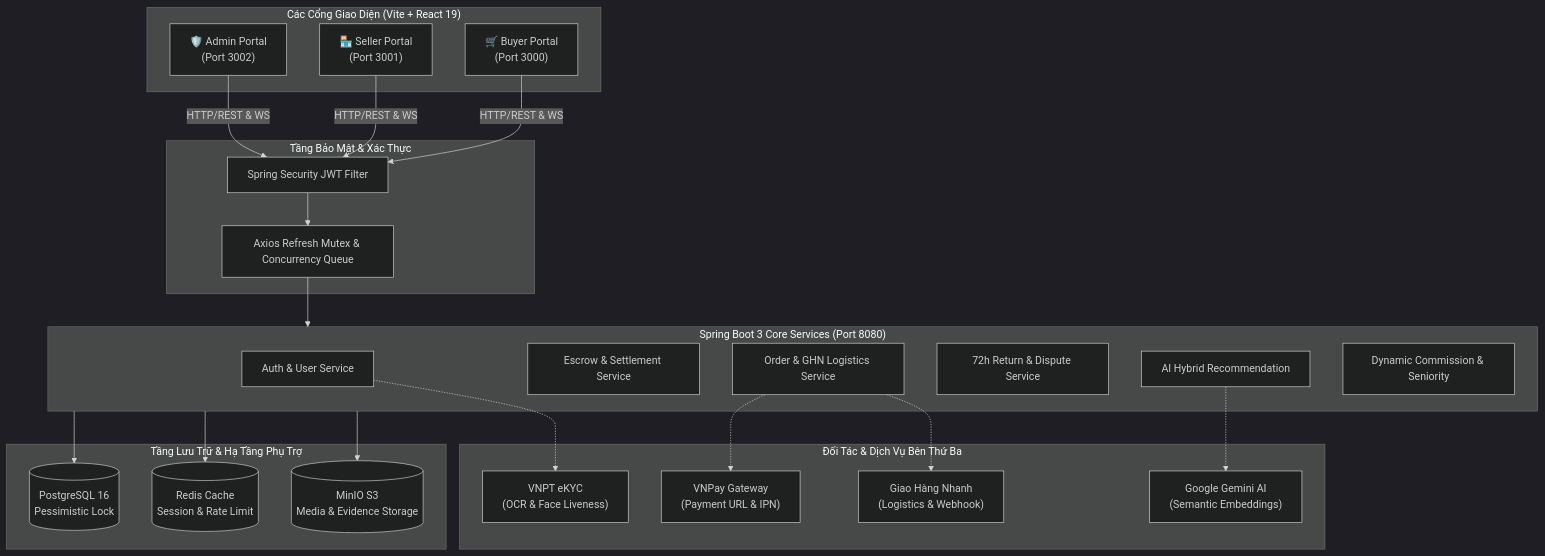
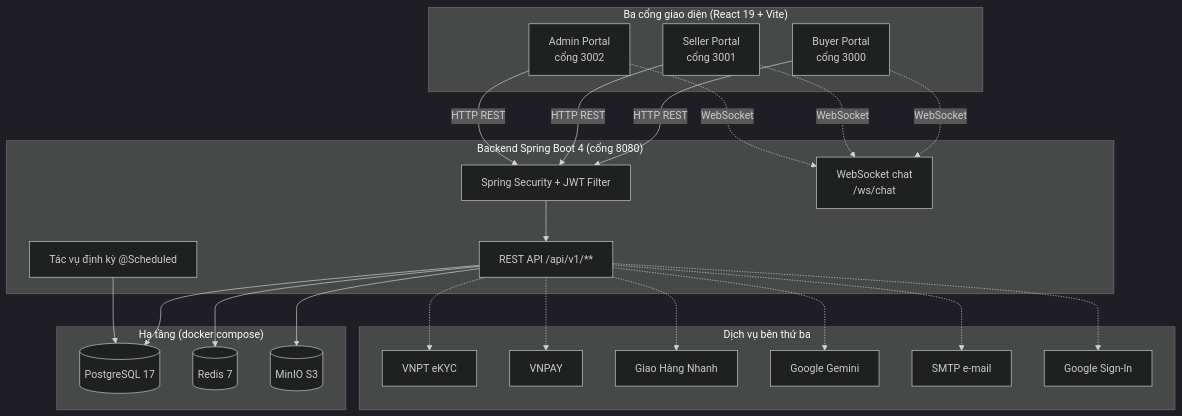
Before and after one commit to yyursup/E-commerce: the diagram in README.md, drawn with Mermaid (dark theme). The commit also changed other lines of this file and 4 other files, not shown here.

````diff
--- a/README.md
+++ b/README.md
@@ -19,50 +21,48 @@
 ```mermaid
 graph TD
-    subgraph Clients ["Các Cổng Giao Diện (Vite + React 19)"]
-        FE_BUYER["🛒 Buyer Portal\n(Port 3000)"]
-        FE_SELLER["🏪 Seller Portal\n(Port 3001)"]
-        FE_ADMIN["🛡️ Admin Portal\n(Port 3002)"]
+    subgraph Clients ["Ba cổng giao diện (React 19 + Vite)"]
+        FE_BUYER["Buyer Portal<br/>cổng 3000"]
+        FE_SELLER["Seller Portal<br/>cổng 3001"]
+        FE_ADMIN["Admin Portal<br/>cổng 3002"]
     end
 
-    subgraph Gateway_Security ["Tầng Bảo Mật & Xác Thực"]
-        JWT_FILTER["Spring Security JWT Filter"]
-        MUTEX_REFRESH["Axios Refresh Mutex & Concurrency Queue"]
+    subgraph Backend ["Backend Spring Boot 4 (cổng 8080)"]
+        SEC["Spring Security + JWT Filter"]
+        API["REST API /api/v1/**"]
+        WS["WebSocket chat<br/>/ws/chat"]
+        JOBS["Tác vụ định kỳ @Scheduled"]
     end
 
-    subgraph Backend_Core ["Spring Boot 3 Core Services (Port 8080)"]
-        AUTH_SVC["Auth & User Service"]
-        ESCROW_SVC["Escrow & Settlement Service"]
-        ORDER_SVC["Order & GHN Logistics Service"]
-        RETURN_SVC["72h Return & Dispute Service"]
-        RECOMMEND_SVC["AI Hybrid Recommendation"]
-        COMMISSION_SVC["Dynamic Commission & Seniority"]
+    subgraph Infra ["Hạ tầng (docker compose)"]
+        PG[("PostgreSQL 17")]
+        RD[("Redis 7")]
+        MN[("MinIO S3")]
     end
 
-    subgraph Data_Storage ["Tầng Lưu Trữ & Hạ Tầng Phụ Trợ"]
-        POSTGRES[("PostgreSQL 16\nPessimistic Lock")]
-        REDIS[("Redis Cache\nSession & Rate Limit")]
-        MINIO[("MinIO S3\nMedia & Evidence Storage")]
+    subgraph External ["Dịch vụ bên thứ ba"]
+        VNPT["VNPT eKYC"]
+        VNPAY["VNPAY"]
+        GHN["Giao Hàng Nhanh"]
+        GEMINI["Google Gemini"]
+        MAIL["SMTP e-mail"]
+        GOOGLE["Google Sign-In"]
     end
 
-    subgraph External_APIs ["Đối Tác & Dịch Vụ Bên Thứ Ba"]
-        VNPT["VNPT eKYC\n(OCR & Face Liveness)"]
-        VNPAY["VNPay Gateway\n(Payment URL & IPN)"]
-        GHN["Giao Hàng Nhanh\n(Logistics & Webhook)"]
-        GEMINI["Google Gemini AI\n(Semantic Embeddings)"]
-    end
-
-    FE_BUYER -->|HTTP/REST & WS| JWT_FILTER
-    FE_SELLER -->|HTTP/REST & WS| JWT_FILTER
-    FE_ADMIN -->|HTTP/REST & WS| JWT_FILTER
-    JWT_FILTER --> MUTEX_REFRESH
-    MUTEX_REFRESH --> Backend_Core
-
-    Backend_Core --> POSTGRES
-    Backend_Core --> REDIS
-    Backend_Core --> MINIO
-
-    AUTH_SVC -.-> VNPT
-    ORDER_SVC -.-> VNPAY
-    ORDER_SVC -.-> GHN
-    RECOMMEND_SVC -.-> GEMINI
+    FE_BUYER -->|HTTP REST| SEC
+    FE_SELLER -->|HTTP REST| SEC
+    FE_ADMIN -->|HTTP REST| SEC
+    FE_BUYER -.->|WebSocket| WS
+    FE_SELLER -.->|WebSocket| WS
+    FE_ADMIN -.->|WebSocket| WS
+    SEC --> API
+    API --> PG
+    API --> RD
+    API --> MN
+    JOBS --> PG
+    API -.-> VNPT
+    API -.-> VNPAY
+    API -.-> GHN
+    API -.-> GEMINI
+    API -.-> MAIL
+    API -.-> GOOGLE
 ```
````
